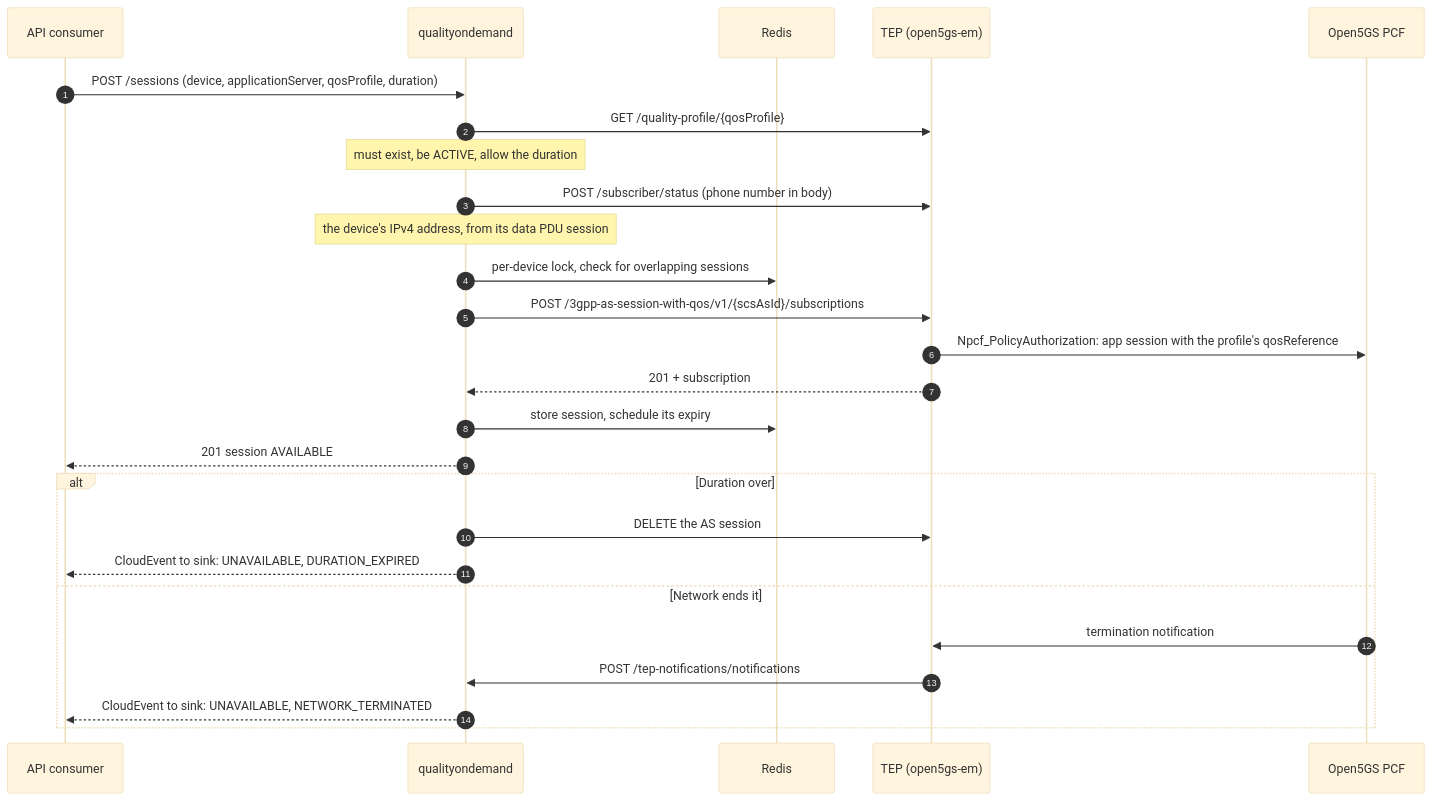
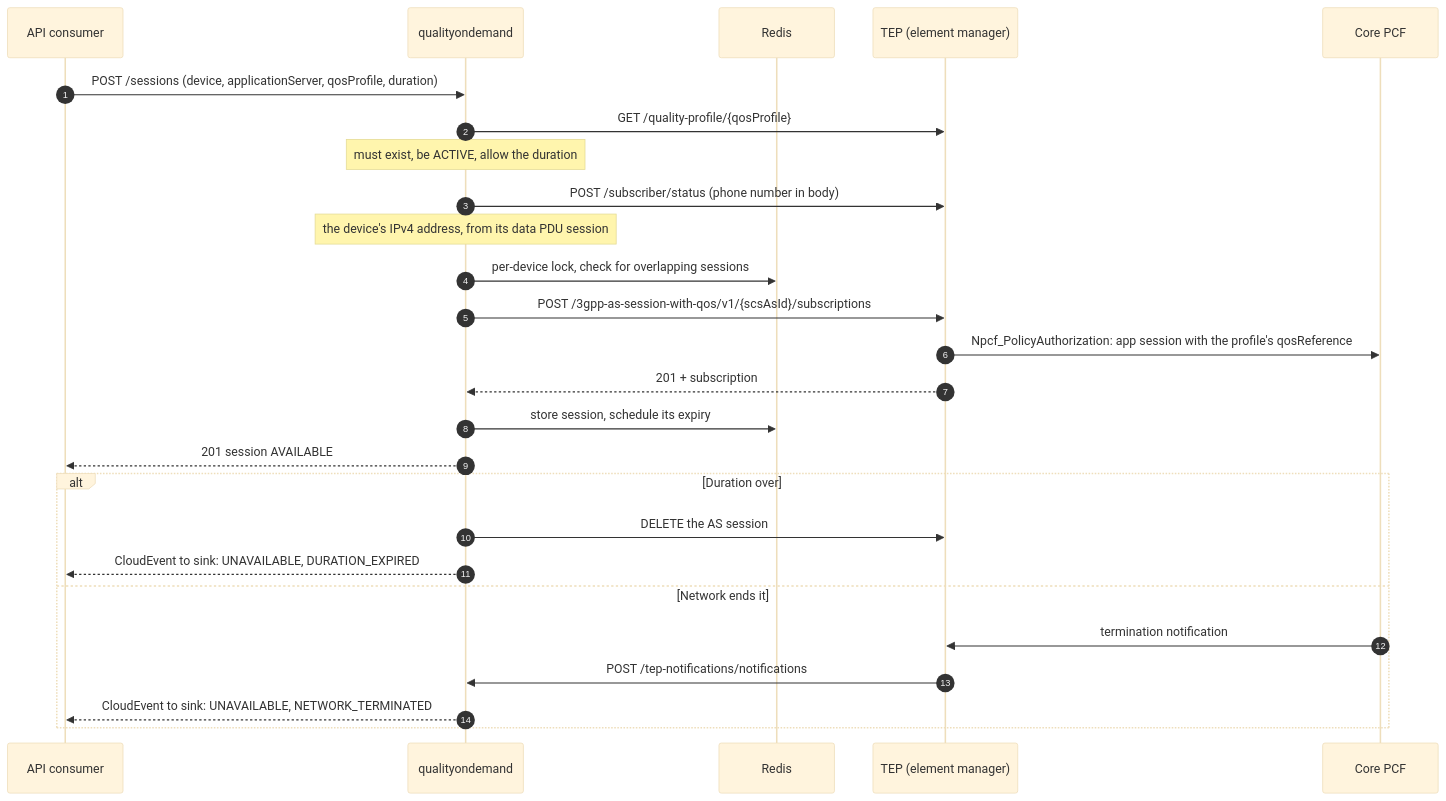
The second of 2 diagrams in docs/camara-services.md (p-NET-Emerging-Networks-Verticals/tep-architecture), drawn with Mermaid (base theme) before and after one commit. The commit also changed other lines of this file and 6 other files, not shown here.

First line of the commit message:
Make docs core-agnostic and move Open5GS details to their own page

````diff
--- a/docs/camara-services.md
+++ b/docs/camara-services.md
@@ -66,30 +66,30 @@
 ```mermaid
 sequenceDiagram
     autonumber
     participant C as API consumer
     participant Q as qualityondemand
     participant R as Redis
-    participant T as TEP (open5gs-em)
-    participant P as Open5GS PCF
+    participant T as TEP (element manager)
+    participant P as Core PCF
 
     C->>Q: POST /sessions (device, applicationServer, qosProfile, duration)
     Q->>T: GET /quality-profile/{qosProfile}
     Note over Q: must exist, be ACTIVE, allow the duration
     Q->>T: POST /subscriber/status (phone number in body)
     Note over Q: the device's IPv4 address, from its data PDU session
     Q->>R: per-device lock, check for overlapping sessions
     Q->>T: POST /3gpp-as-session-with-qos/v1/{scsAsId}/subscriptions
     T->>P: Npcf_PolicyAuthorization: app session with the profile's qosReference
     T-->>Q: 201 + subscription
     Q->>R: store session, schedule its expiry
     Q-->>C: 201 session AVAILABLE
 
     alt Duration over
         Q->>T: DELETE the AS session
         Q-->>C: CloudEvent to sink: UNAVAILABLE, DURATION_EXPIRED
     else Network ends it
         P->>T: termination notification
         T->>Q: POST /tep-notifications/notifications
         Q-->>C: CloudEvent to sink: UNAVAILABLE, NETWORK_TERMINATED
     end
 ```
````
